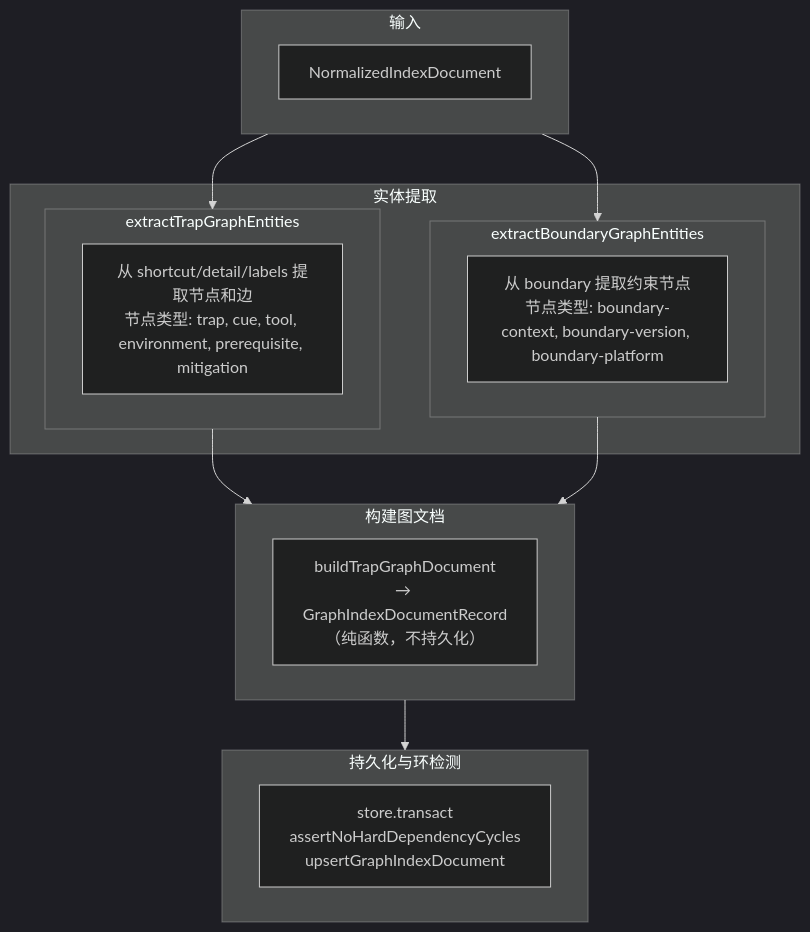
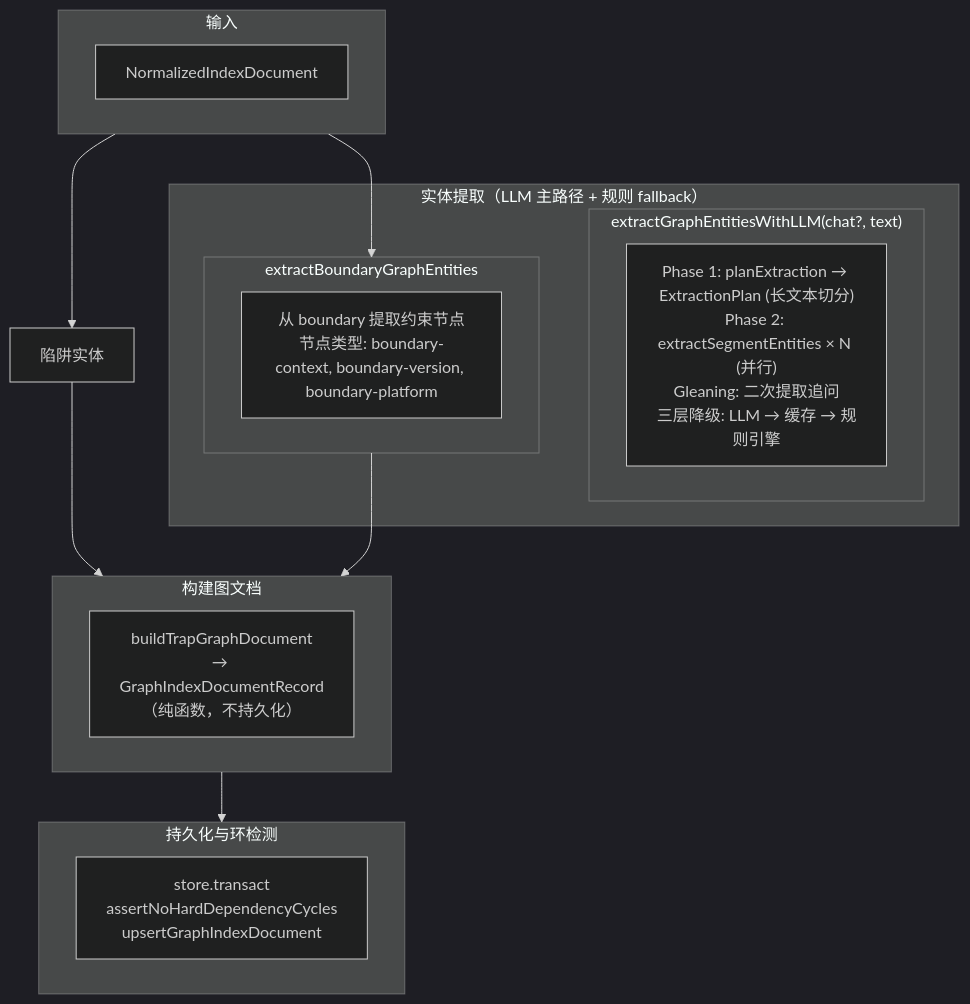
The fourth of 4 diagrams in docs/architecture/components/INDEXING.md (pofossette/TrapMap-for-vibing), drawn with Mermaid (dark theme) before and after one commit. The commit also changed other lines of this file and 4 other files, not shown here.

First line of the commit message:
docs: sync architecture docs with LLM graph extraction strategy

````diff
--- a/docs/architecture/components/INDEXING.md
+++ b/docs/architecture/components/INDEXING.md
@@ -247,30 +255,30 @@
 ```mermaid
 flowchart TB
     subgraph 输入["输入"]
         A["NormalizedIndexDocument"]
     end
 
-    subgraph 实体提取["实体提取"]
-        subgraph 陷阱实体["extractTrapGraphEntities"]
-            B1["从 shortcut/detail/labels 提取节点和边\n节点类型: trap, cue, tool, environment, prerequisite, mitigation"]
+    subgraph 实体提取["实体提取（LLM 主路径 + 规则 fallback）"]
+        subgraph LLM提取["extractGraphEntitiesWithLLM(chat?, text)"]
+            B1["Phase 1: planExtraction → ExtractionPlan (长文本切分)\nPhase 2: extractSegmentEntities × N (并行)\nGleaning: 二次提取追问\n三层降级: LLM → 缓存 → 规则引擎"]
         end
 
         subgraph 边界实体["extractBoundaryGraphEntities"]
             B2["从 boundary 提取约束节点\n节点类型: boundary-context, boundary-version, boundary-platform"]
         end
     end
 
     subgraph 构建图文档["构建图文档"]
         C["buildTrapGraphDocument\n→ GraphIndexDocumentRecord（纯函数，不持久化）"]
     end
 
     subgraph 持久化与环检测["持久化与环检测"]
         D["store.transact\nassertNoHardDependencyCycles\nupsertGraphIndexDocument"]
     end
 
     输入 --> 陷阱实体
     输入 --> 边界实体
     陷阱实体 --> 构建图文档
     边界实体 --> 构建图文档
     构建图文档 --> 持久化与环检测
 ```
````
